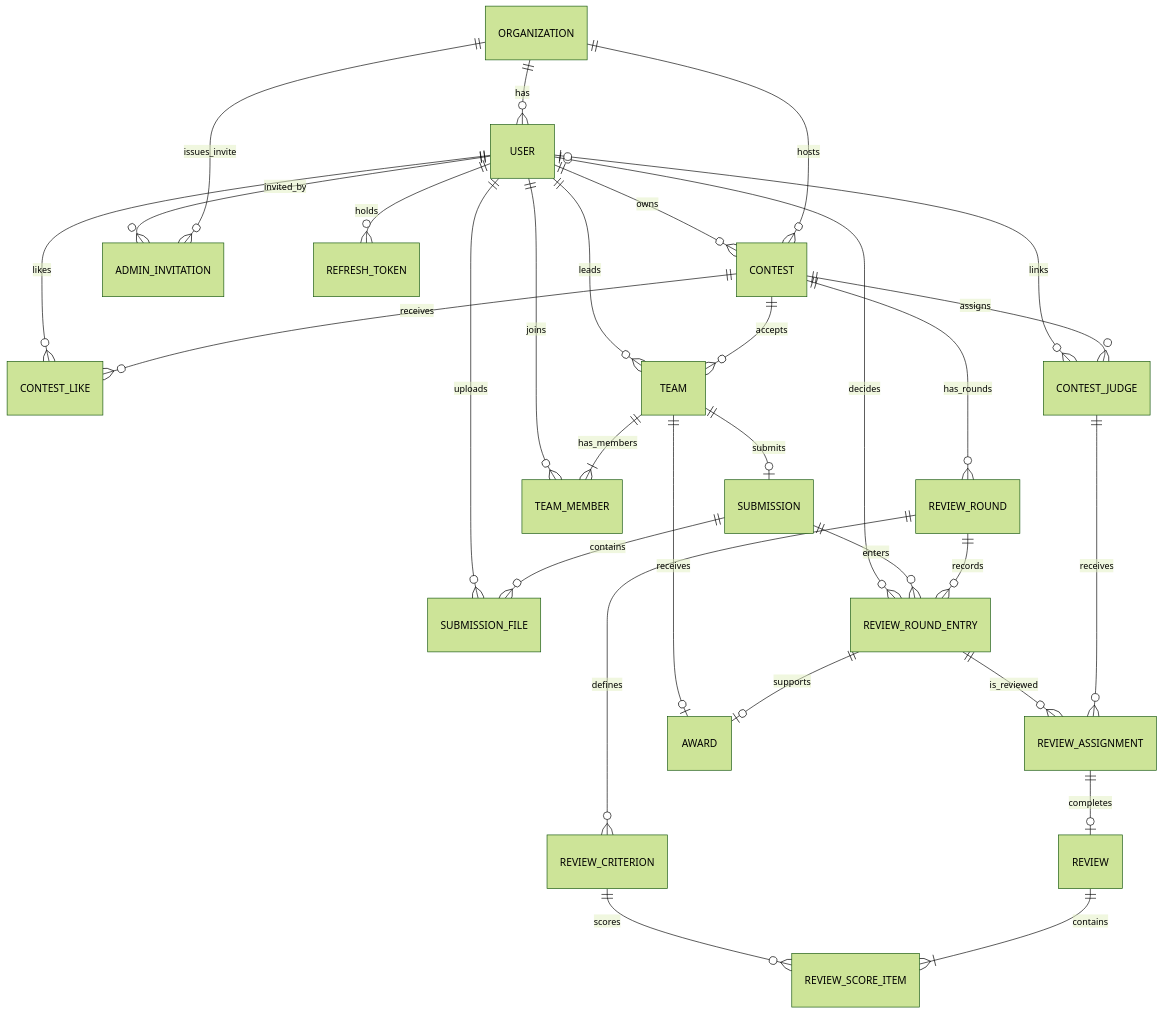
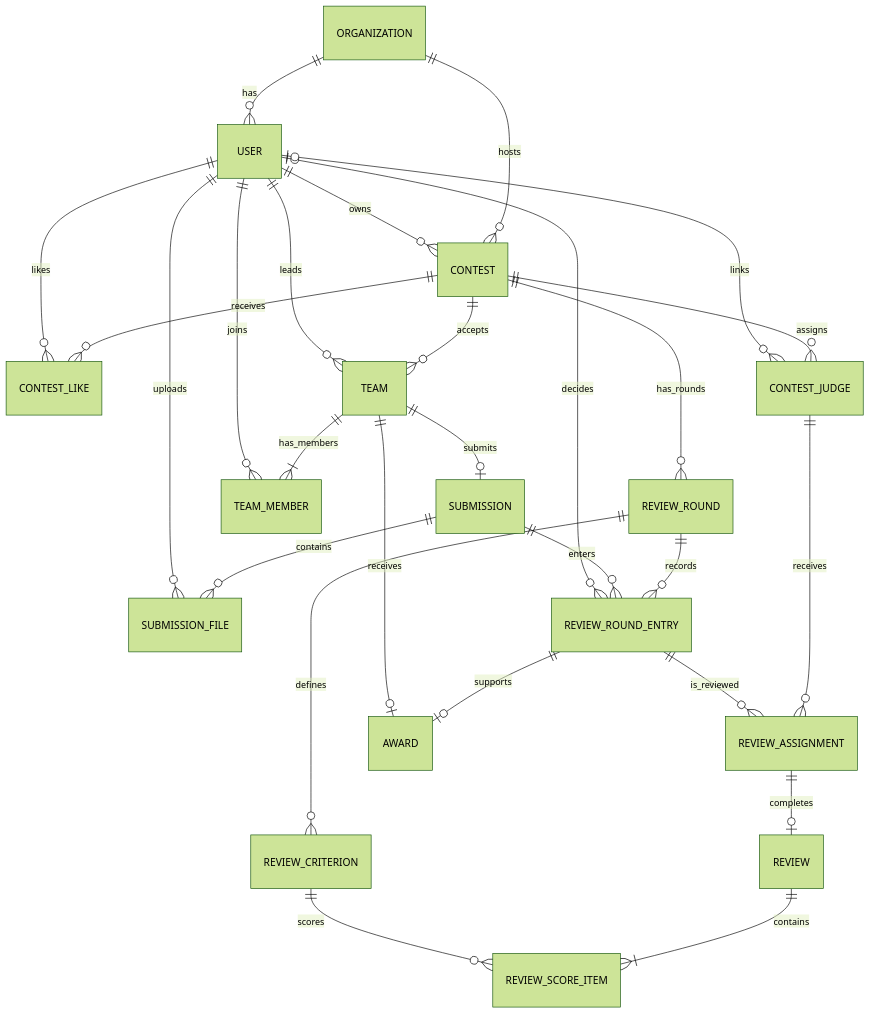
The fourth of 22 diagrams in docs/architecture-diagrams.md (Tok-Baro/Trekkey_BackEnd), drawn with Mermaid (forest theme) before and after one commit. The commit also changed other lines of this file and 408 other files, not shown here.

````diff
--- a/docs/architecture-diagrams.md
+++ b/docs/architecture-diagrams.md
@@ -145,32 +145,29 @@
 ```mermaid
 erDiagram
     ORGANIZATION ||--o{ USER : has
     ORGANIZATION ||--o{ CONTEST : hosts
     USER ||--o{ CONTEST : owns
     CONTEST ||--o{ CONTEST_LIKE : receives
     USER ||--o{ CONTEST_LIKE : likes
     CONTEST ||--o{ REVIEW_ROUND : has_rounds
     CONTEST ||--o{ TEAM : accepts
     USER ||--o{ TEAM : leads
     TEAM ||--|{ TEAM_MEMBER : has_members
     USER ||--o{ TEAM_MEMBER : joins
     TEAM ||--o| SUBMISSION : submits
     SUBMISSION ||--o{ SUBMISSION_FILE : contains
     USER ||--o{ SUBMISSION_FILE : uploads
     REVIEW_ROUND ||--o{ REVIEW_ROUND_ENTRY : records
     SUBMISSION ||--o{ REVIEW_ROUND_ENTRY : enters
     USER o|--o{ REVIEW_ROUND_ENTRY : decides
     REVIEW_ROUND ||--o{ REVIEW_CRITERION : defines
     CONTEST ||--o{ CONTEST_JUDGE : assigns
     USER o|--o{ CONTEST_JUDGE : links
     CONTEST_JUDGE ||--o{ REVIEW_ASSIGNMENT : receives
     REVIEW_ROUND_ENTRY ||--o{ REVIEW_ASSIGNMENT : is_reviewed
     REVIEW_ASSIGNMENT ||--o| REVIEW : completes
     REVIEW ||--|{ REVIEW_SCORE_ITEM : contains
     REVIEW_CRITERION ||--o{ REVIEW_SCORE_ITEM : scores
     REVIEW_ROUND_ENTRY ||--o| AWARD : supports
     TEAM ||--o| AWARD : receives
-    ORGANIZATION ||--o{ ADMIN_INVITATION : issues_invite
-    USER ||--o{ ADMIN_INVITATION : invited_by
-    USER ||--o{ REFRESH_TOKEN : holds
 ```
````
